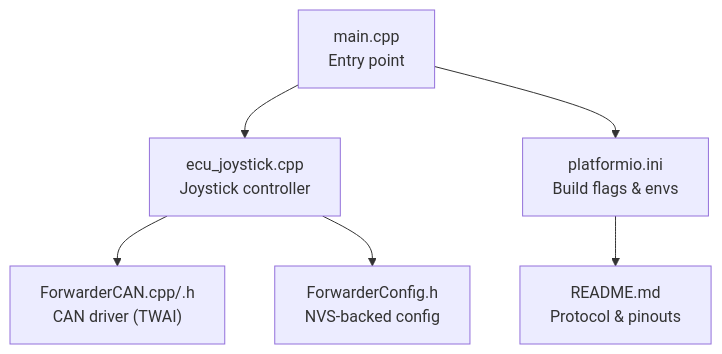
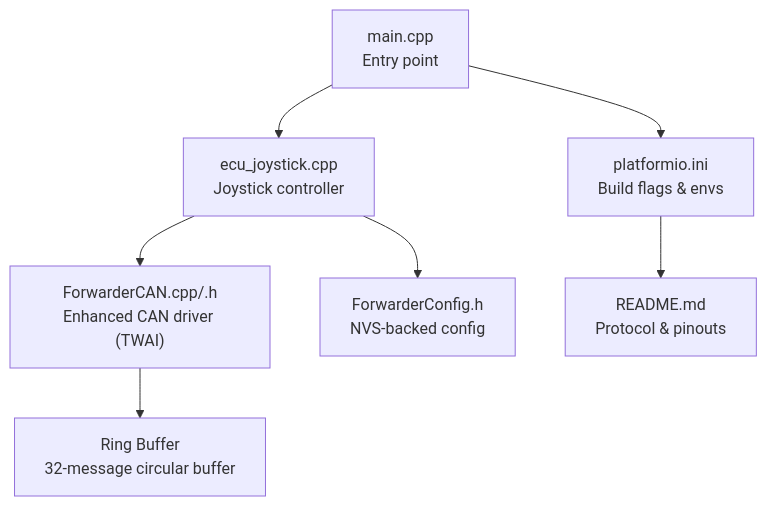
One commit to gunicsba/ESP_CAN_ECU_joystick_collection changed the first of 5 diagrams in .qoder/repowiki/en/content/ECU Implementations/Joystick ECU/Real-time Data Transmission.md. Above: the diagram before and after it, drawn with Mermaid. The commit also changed other lines of this file and 11 other files, not shown here.

````diff
--- a/.qoder/repowiki/en/content/ECU Implementations/Joystick ECU/Real-time Data Transmission.md
+++ b/.qoder/repowiki/en/content/ECU Implementations/Joystick ECU/Real-time Data Transmission.md
@@ -38,8 +46,9 @@
 ```mermaid
 graph TB
 A["main.cpp<br/>Entry point"] --> B["ecu_joystick.cpp<br/>Joystick controller"]
-B --> C["ForwarderCAN.cpp/.h<br/>CAN driver (TWAI)"]
-B --> D["ForwarderConfig.h<br/>NVS-backed config"]
-A --> E["platformio.ini<br/>Build flags & envs"]
-E --> F["README.md<br/>Protocol & pinouts"]
+B --> C["ForwarderCAN.cpp/.h<br/>Enhanced CAN driver (TWAI)"]
+C --> D["Ring Buffer<br/>32-message circular buffer"]
+B --> E["ForwarderConfig.h<br/>NVS-backed config"]
+A --> F["platformio.ini<br/>Build flags & envs"]
+F --> G["README.md<br/>Protocol & pinouts"]
 ```
````
